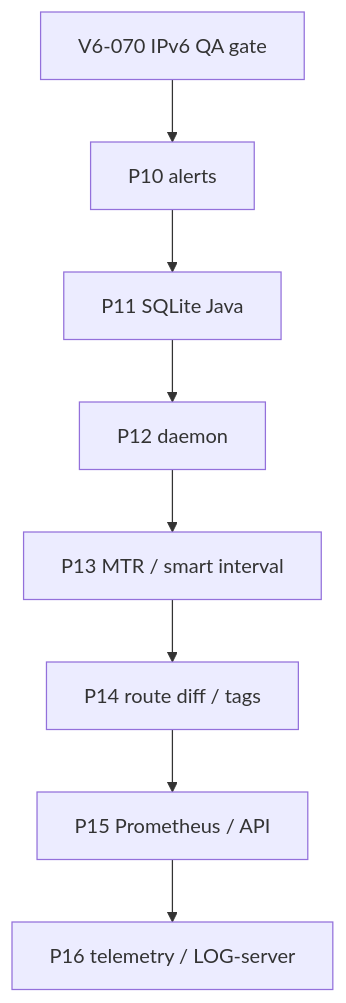
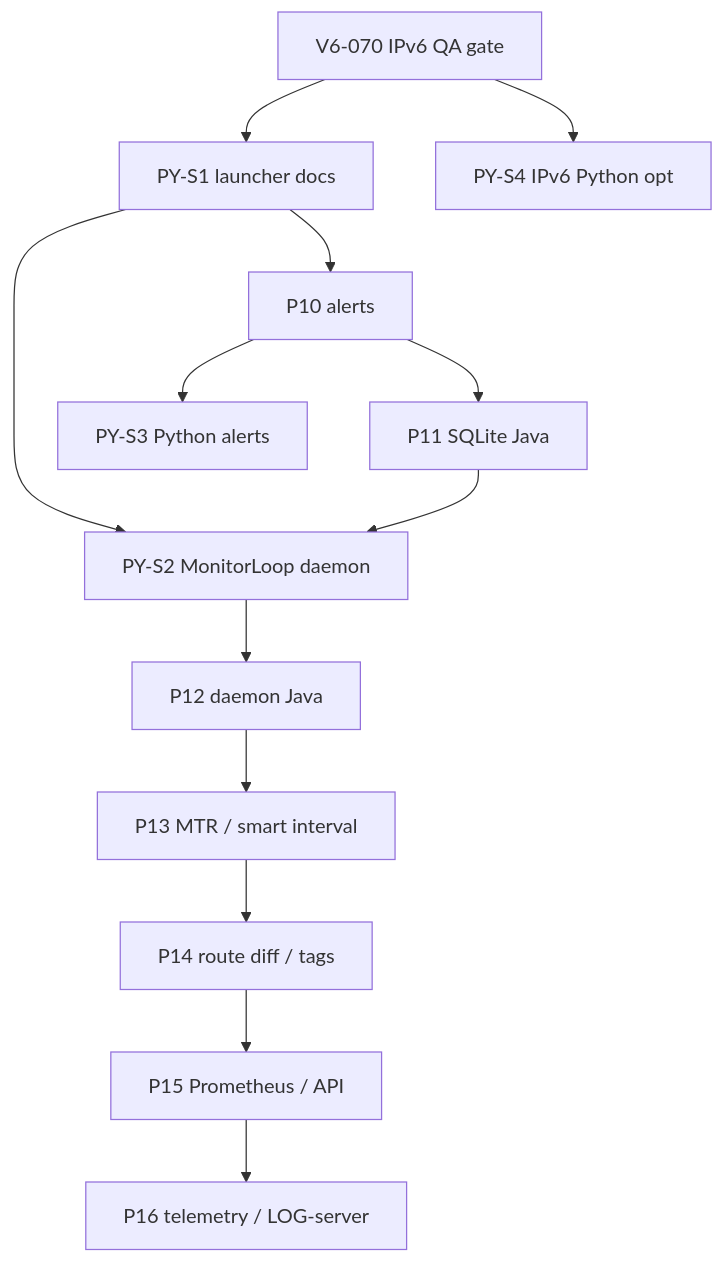
The third of 4 diagrams in docs/ROADMAP.md (sesquicadaver/PINGUI), drawn with Mermaid before and after one commit. The commit also changed other lines of this file and 18 other files, not shown here.

First line of the commit message:
Implement PY-S1: Python launcher, docs parity, and CI hygiene on beta.

````diff
--- a/docs/ROADMAP.md
+++ b/docs/ROADMAP.md
@@ -458,10 +564,15 @@
 ```mermaid
 flowchart TD
-  V6070[V6-070 IPv6 QA gate] --> P10010[P10 alerts]
+  V6070[V6-070 IPv6 QA gate] --> PYS1[PY-S1 launcher docs]
+  PYS1 --> PYS2[PY-S2 MonitorLoop daemon]
+  PYS1 --> P10010[P10 alerts]
+  P10010 --> PYS3[PY-S3 Python alerts]
   P10010 --> P11010[P11 SQLite Java]
-  P11010 --> P12010[P12 daemon]
+  P11010 --> PYS2
+  PYS2 --> P12010[P12 daemon Java]
   P12010 --> P13010[P13 MTR / smart interval]
   P13010 --> P14010[P14 route diff / tags]
   P14010 --> P15010[P15 Prometheus / API]
   P15010 --> P16010[P16 telemetry / LOG-server]
+  V6070 --> PY50[PY-S4 IPv6 Python opt]
 ```
````
